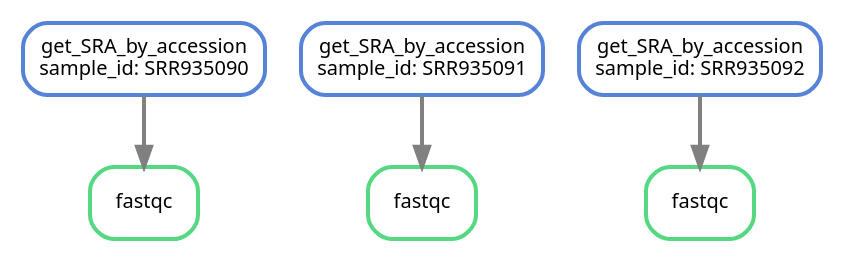
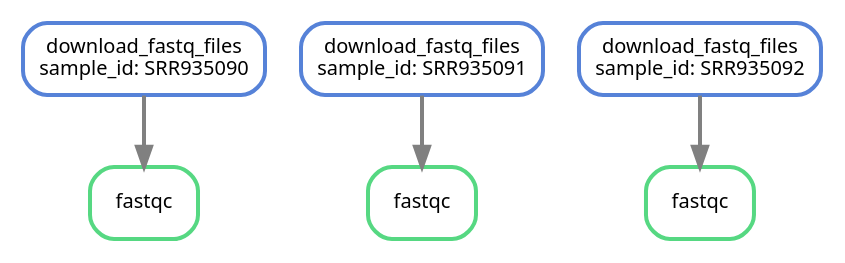
One commit to NBISweden/workshop-reproducible-research changed the second of 11 diagrams in lectures/snakemake/snakemake.qmd. Above: the diagram before and after it, drawn with Graphviz. The commit also changed other lines of this file, not shown here.

Commit message:
Match snakefmt and update get_SRA_by_accession rule

````diff
--- a/lectures/snakemake/snakemake.qmd
+++ b/lectures/snakemake/snakemake.qmd
@@ -29,16 +29,16 @@
 ```{dot}
 digraph snakemake_dag {
     graph[bgcolor=white, margin=0];
     node[shape=box, style=rounded, fontname=sans,                 fontsize=10, penwidth=2];
     edge[penwidth=2, color=grey];
         0[label = "fastqc", color = "0.39 0.6 0.85", style="rounded"];
-        1[label = "get_SRA_by_accession\nsample_id: SRR935090", color = "0.61 0.6 0.85", style="rounded"];
+        1[label = "download_fastq_files\nsample_id: SRR935090", color = "0.61 0.6 0.85", style="rounded"];
         2[label = "fastqc", color = "0.39 0.6 0.85", style="rounded"];
-        3[label = "get_SRA_by_accession\nsample_id: SRR935091", color = "0.61 0.6 0.85", style="rounded"];
+        3[label = "download_fastq_files\nsample_id: SRR935091", color = "0.61 0.6 0.85", style="rounded"];
         4[label = "fastqc", color = "0.39 0.6 0.85", style="rounded"];
-        5[label = "get_SRA_by_accession\nsample_id: SRR935092", color = "0.61 0.6 0.85", style="rounded"];
+        5[label = "download_fastq_files\nsample_id: SRR935092", color = "0.61 0.6 0.85", style="rounded"];
         1 -> 0
         3 -> 2
         5 -> 4
 }
 ```
````
